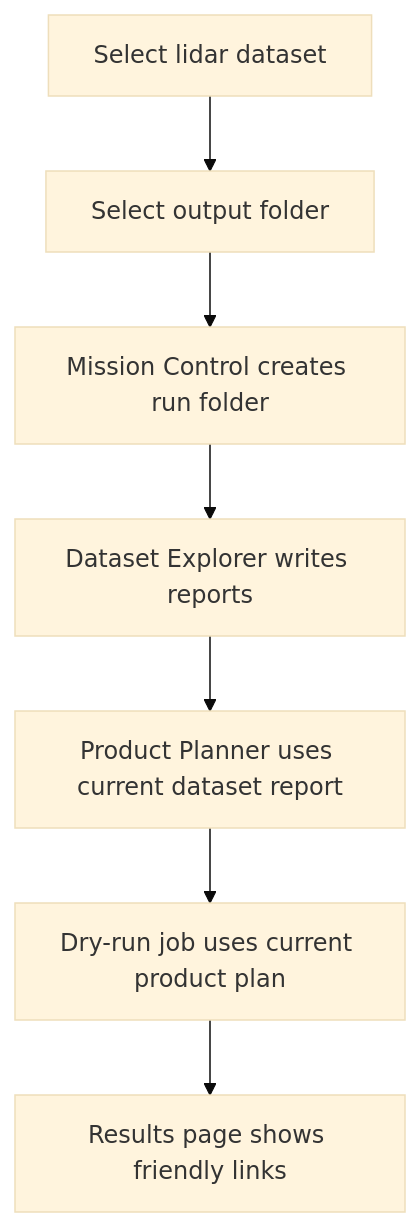
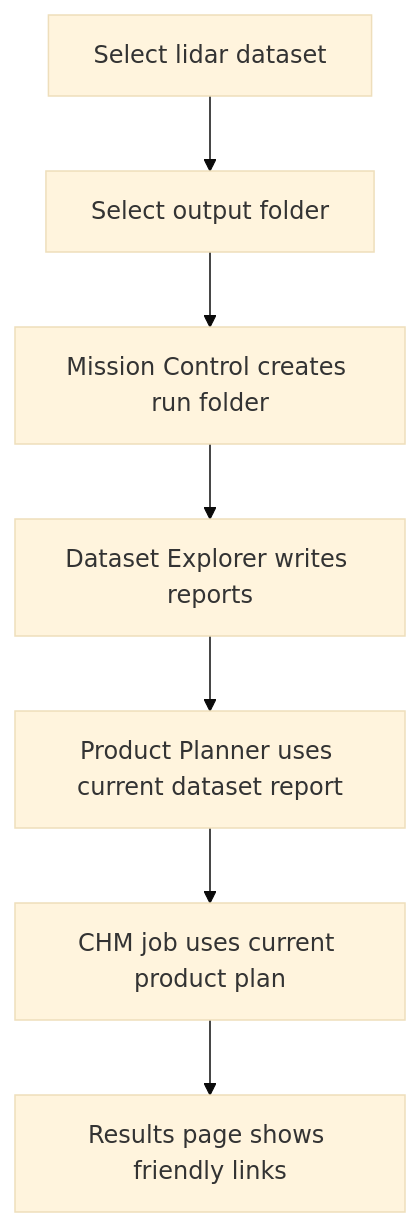
One commit to sticholas/pyforestscan-qgis changed the diagram in docs/ui/USER_WORKFLOW.md. Above: the diagram before and after it, drawn with Mermaid (base theme). The commit also changed other lines of this file and 23 other files, not shown here.

````diff
--- a/docs/ui/USER_WORKFLOW.md
+++ b/docs/ui/USER_WORKFLOW.md
@@ -8,9 +8,9 @@
 ```mermaid
 flowchart TD
     A["Select lidar dataset"] --> B["Select output folder"]
     B --> C["Mission Control creates run folder"]
     C --> D["Dataset Explorer writes reports"]
     D --> E["Product Planner uses current dataset report"]
-    E --> F["Dry-run job uses current product plan"]
+    E --> F["CHM job uses current product plan"]
     F --> G["Results page shows friendly links"]
 ```
````
